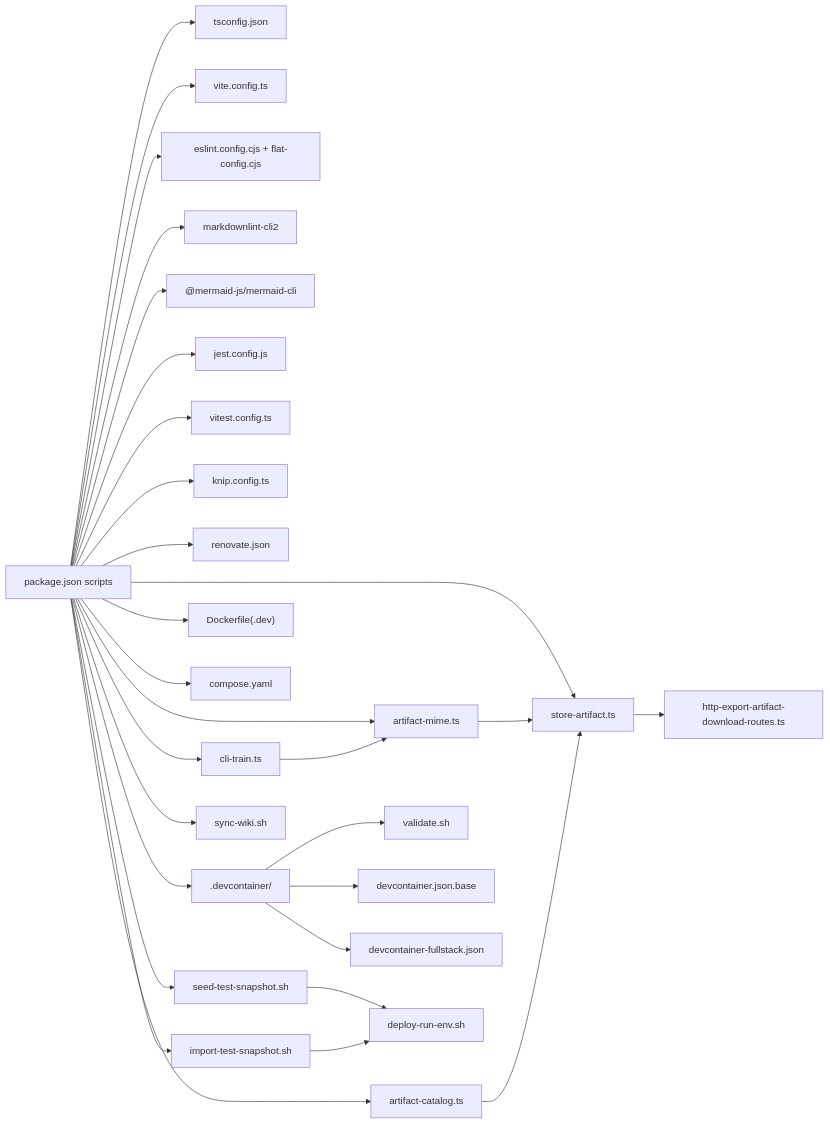
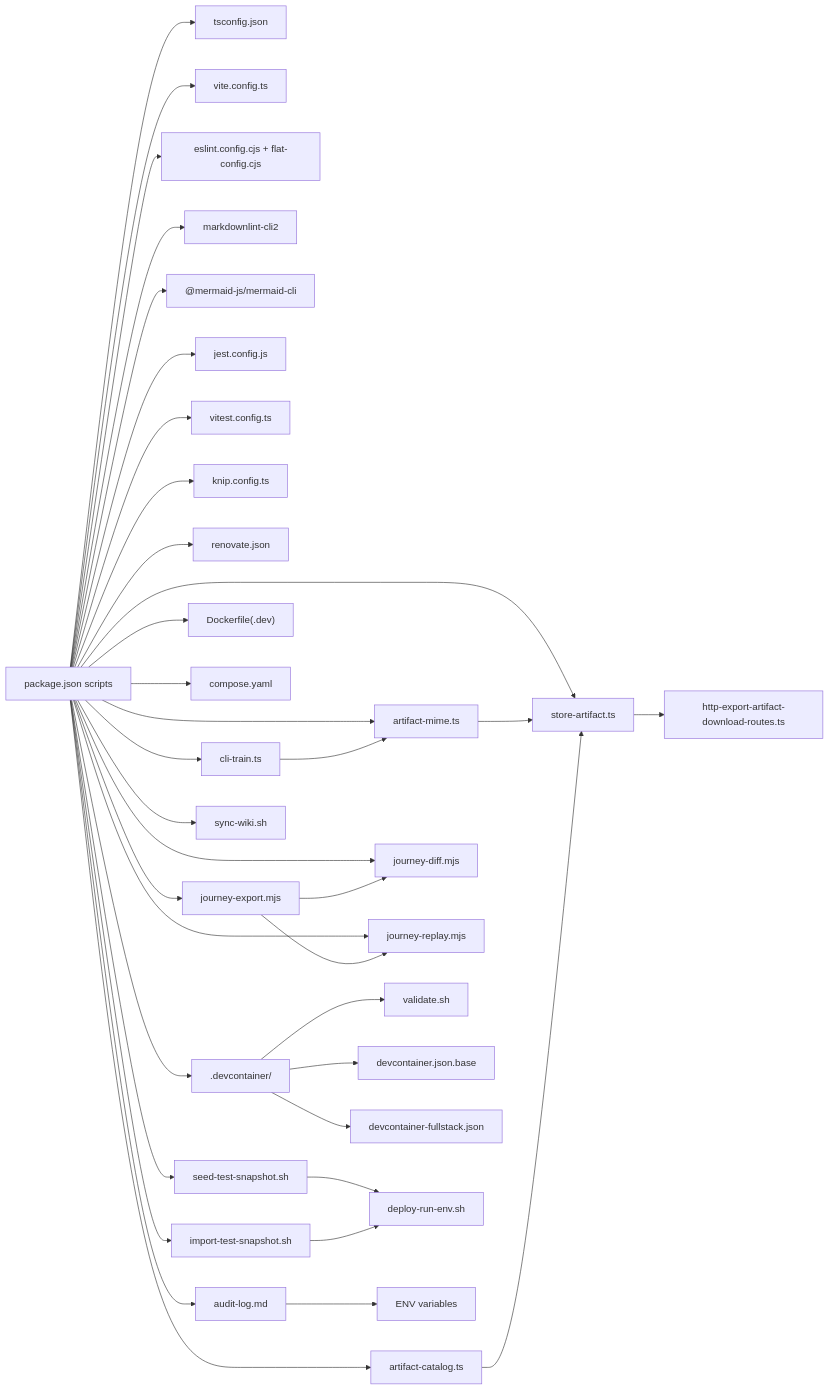
Diagram 18 of 18 in .qoder/repowiki/en/content/Development Tools/Development Tools.md (debian777/kairos-mcp), drawn with Mermaid before and after one commit. The commit also changed other lines of this file and 5 other files, not shown here.

````diff
--- a/.qoder/repowiki/en/content/Development Tools/Development Tools.md
+++ b/.qoder/repowiki/en/content/Development Tools/Development Tools.md
@@ -934,31 +1119,38 @@
 ```mermaid
 graph LR
 Pkg["package.json scripts"] --> TS["tsconfig.json"]
 Pkg --> Vite["vite.config.ts"]
 Pkg --> ESL["eslint.config.cjs + flat-config.cjs"]
 Pkg --> MDL["markdownlint-cli2"]
 Pkg --> Mermaid["@mermaid-js/mermaid-cli"]
 Pkg --> Jest["jest.config.js"]
 Pkg --> Vitest["vitest.config.ts"]
 Pkg --> Knip["knip.config.ts"]
 Pkg --> Ren["renovate.json"]
 Pkg --> DevContainer[".devcontainer/"]
 Pkg --> Docker["Dockerfile(.dev)"]
 Pkg --> Compose["compose.yaml"]
 Pkg --> SeedSnap["seed-test-snapshot.sh"]
 Pkg --> ImportSnap["import-test-snapshot.sh"]
 Pkg --> SyncWiki["sync-wiki.sh"]
 Pkg --> ArtifactCLI["cli-train.ts"]
 Pkg --> ArtifactMime["artifact-mime.ts"]
 Pkg --> ArtifactCatalog["artifact-catalog.ts"]
 Pkg --> ArtifactStore["store-artifact.ts"]
+Pkg --> AuditSpec["audit-log.md"]
+Pkg --> JourneyExport["journey-export.mjs"]
+Pkg --> JourneyDiff["journey-diff.mjs"]
+Pkg --> JourneyReplay["journey-replay.mjs"]
 DevContainer --> Validate["validate.sh"]
 DevContainer --> Simple["devcontainer.json.base"]
 DevContainer --> Fullstack["devcontainer-fullstack.json"]
 SeedSnap --> DeployEnv["deploy-run-env.sh"]
 ImportSnap --> DeployEnv
 ArtifactCLI --> ArtifactMime
 ArtifactMime --> ArtifactStore
 ArtifactCatalog --> ArtifactStore
 ArtifactStore --> ArtifactExport["http-export-artifact-download-routes.ts"]
+AuditSpec --> AuditConfig["ENV variables"]
+JourneyExport --> JourneyDiff
+JourneyExport --> JourneyReplay
 ```
````
